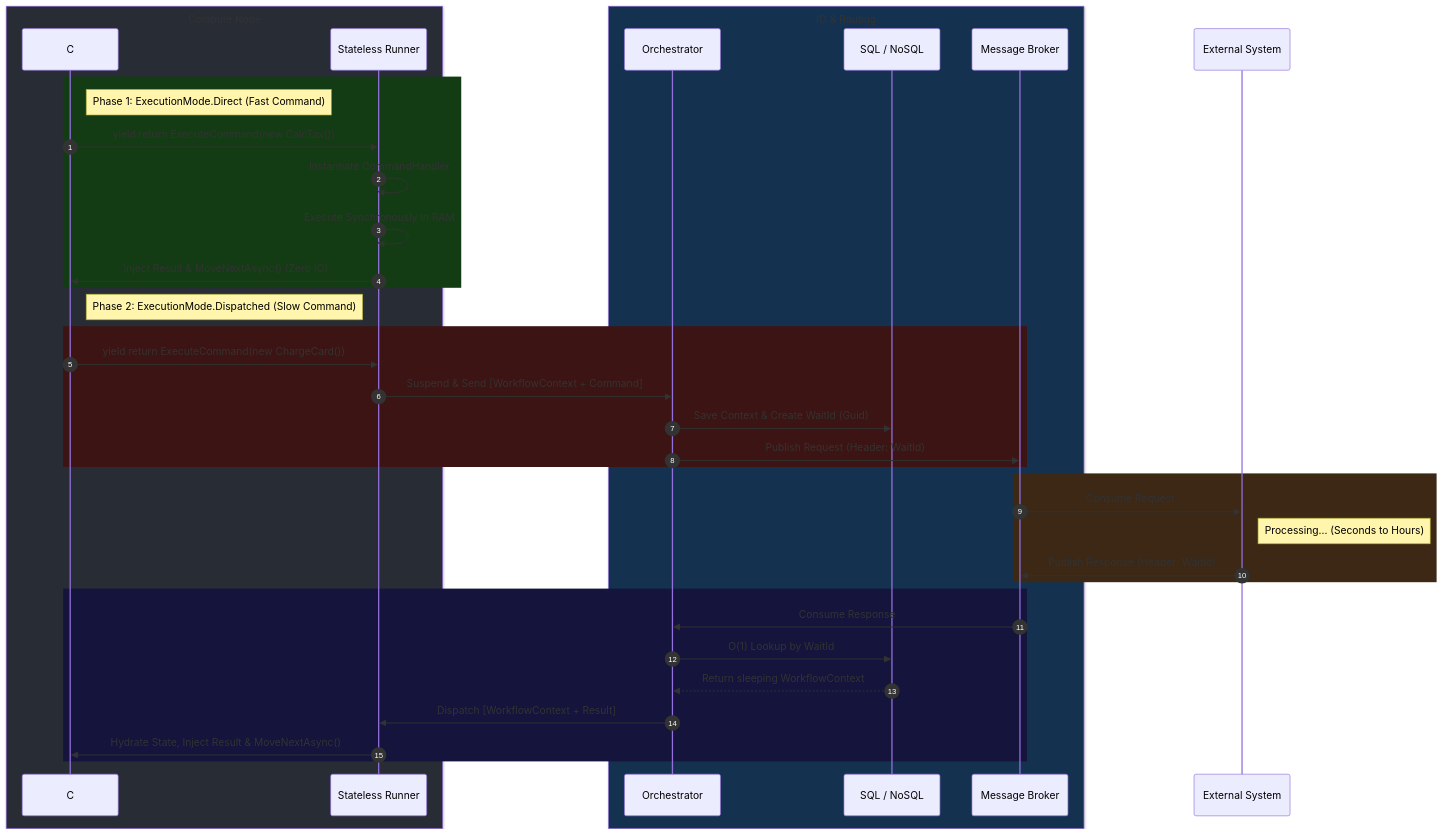
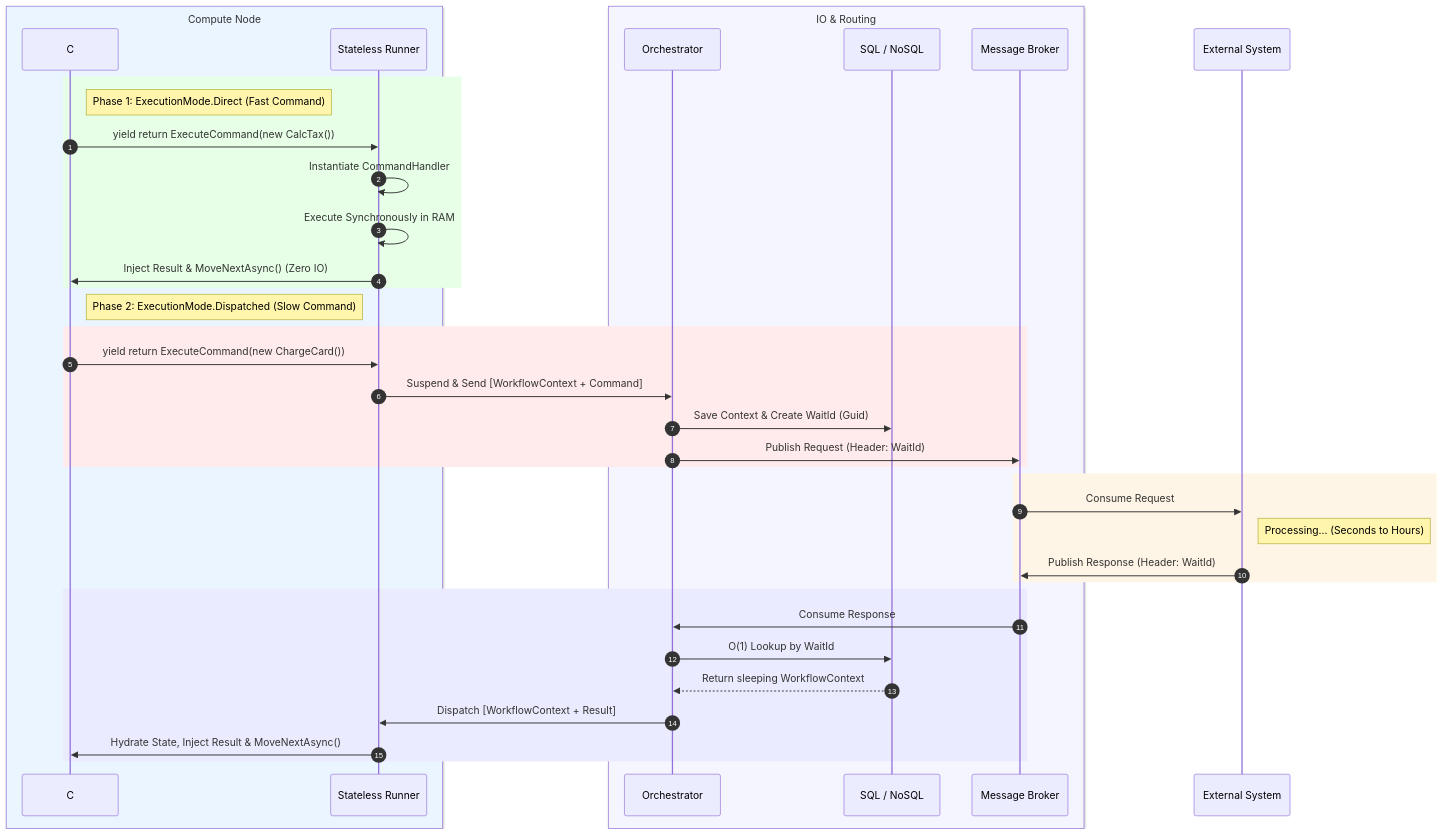
Before and after one commit to IbrahimElshafey/Workflows: the diagram in _Documents/Command Execution Modes.md, drawn with Mermaid.

````diff
--- a/_Documents/Command Execution Modes.md
+++ b/_Documents/Command Execution Modes.md
@@ -90,50 +90,50 @@
 ```mermaid
 sequenceDiagram
     autonumber
     
-    box rgb(40, 44, 52) Compute Node
+    box rgb(235, 245, 255) Compute Node
         participant WF as C# Workflow
         participant Runner as Stateless Runner
     end
     
-    box rgb(20, 50, 80) IO & Routing
+    box rgb(245, 245, 255) IO & Routing
         participant Orch as Orchestrator
         participant DB as SQL / NoSQL
         participant Bus as Message Broker
     end
     
     participant Ext as External System
 
     %% DIRECT MODE
-    rect rgb(20, 60, 20)
+    rect rgb(230, 255, 230)
     note right of WF: Phase 1: ExecutionMode.Direct (Fast Command)
     WF->>Runner: yield return ExecuteCommand(new CalcTax())
     Runner->>Runner: Instantiate CommandHandler
     Runner->>Runner: Execute Synchronously in RAM
     Runner->>WF: Inject Result & MoveNextAsync() (Zero IO)
     end
 
     %% DISPATCHED MODE
     note right of WF: Phase 2: ExecutionMode.Dispatched (Slow Command)
     
-    rect rgb(60, 20, 20)
+    rect rgb(255, 235, 235)
     WF->>Runner: yield return ExecuteCommand(new ChargeCard())
     Runner->>Orch: Suspend & Send [WorkflowContext + Command]
     Orch->>DB: Save Context & Create WaitId (Guid)
     Orch->>Bus: Publish Request (Header: WaitId)
     end
     
-    rect rgb(60, 40, 20)
+    rect rgb(255, 245, 230)
     Bus->>Ext: Consume Request
     note right of Ext: Processing... (Seconds to Hours)
     Ext->>Bus: Publish Response (Header: WaitId)
     end
     
-    rect rgb(20, 20, 60)
+    rect rgb(235, 235, 255)
     Bus->>Orch: Consume Response
     Orch->>DB: O(1) Lookup by WaitId
     DB-->>Orch: Return sleeping WorkflowContext
     Orch->>Runner: Dispatch [WorkflowContext + Result]
     Runner->>WF: Hydrate State, Inject Result & MoveNextAsync()
     end
 ```
````
